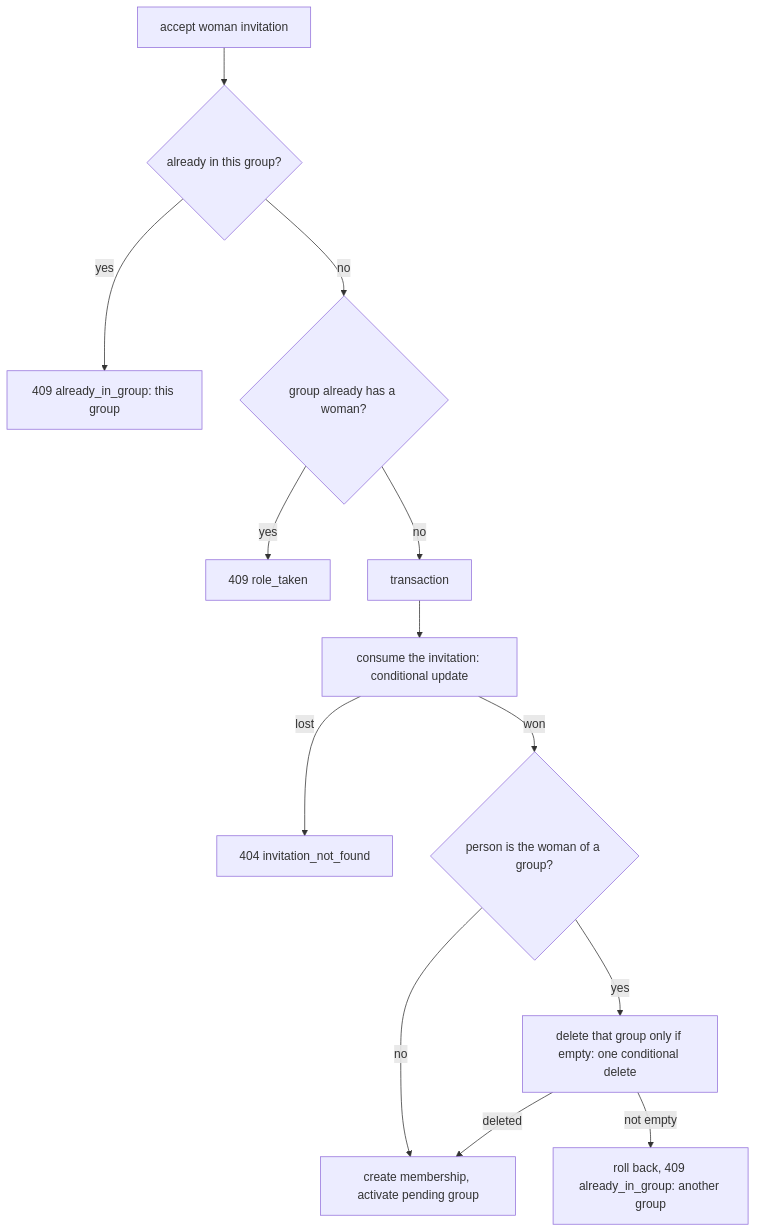
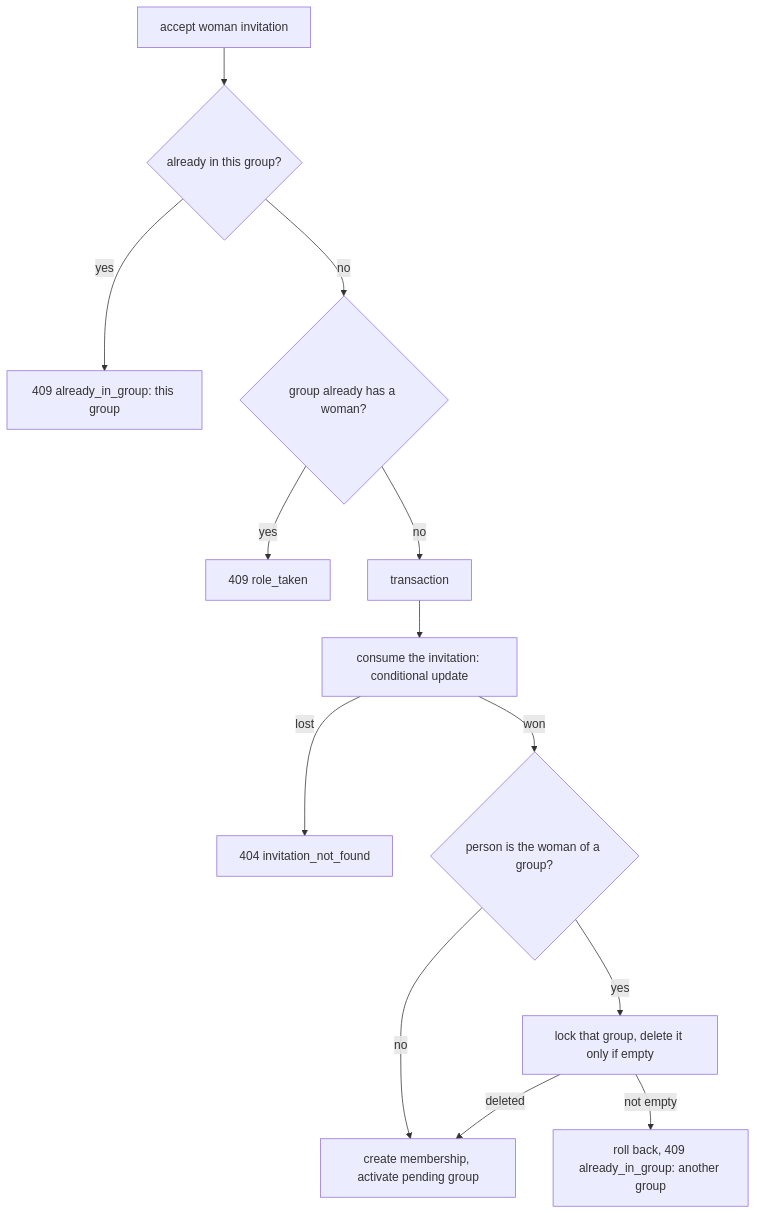
One commit to MikolajRowicki/ImpactHerHackYeah2026 changed the first of 2 diagrams in openspec/changes/accept-woman-invitation/design.md. Above: the diagram before and after it, drawn with Mermaid. The commit also changed other lines of this file and 10 other files, not shown here.

First line of the commit message:
feat(groups): replace an empty own group when accepting a mother invitation

````diff
--- a/openspec/changes/accept-woman-invitation/design.md
+++ b/openspec/changes/accept-woman-invitation/design.md
@@ -13,15 +13,15 @@
 ```mermaid
 flowchart TD
   A[accept woman invitation] --> B{already in this group?}
   B -- yes --> E1[409 already_in_group: this group]
   B -- no --> C{group already has a woman?}
   C -- yes --> E2[409 role_taken]
   C -- no --> D[transaction]
   D --> U[consume the invitation: conditional update]
   U -- lost --> N[404 invitation_not_found]
   U -- won --> M{person is the woman of a group?}
   M -- no --> J[create membership, activate pending group]
-  M -- yes --> X[delete that group only if empty: one conditional delete]
+  M -- yes --> X[lock that group, delete it only if empty]
   X -- deleted --> J
   X -- not empty --> E3[roll back, 409 already_in_group: another group]
 ```
````
